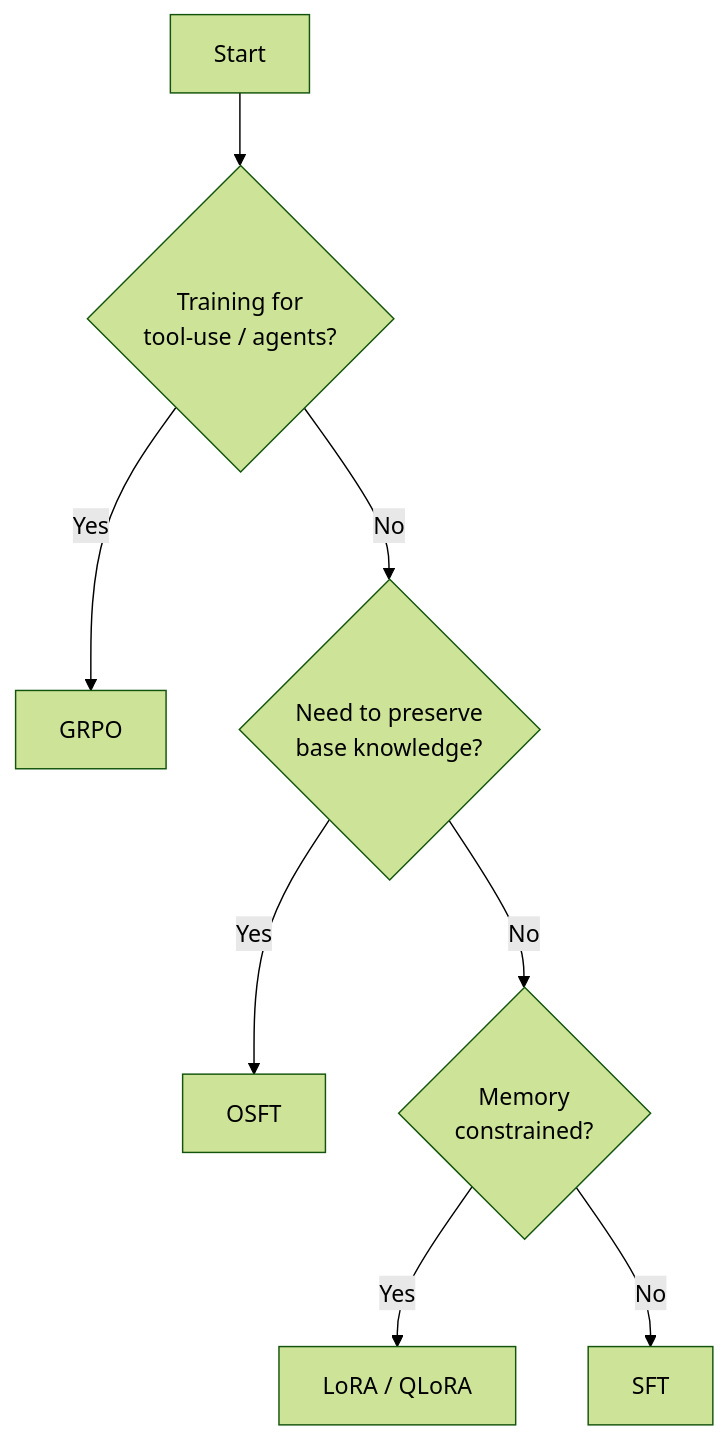
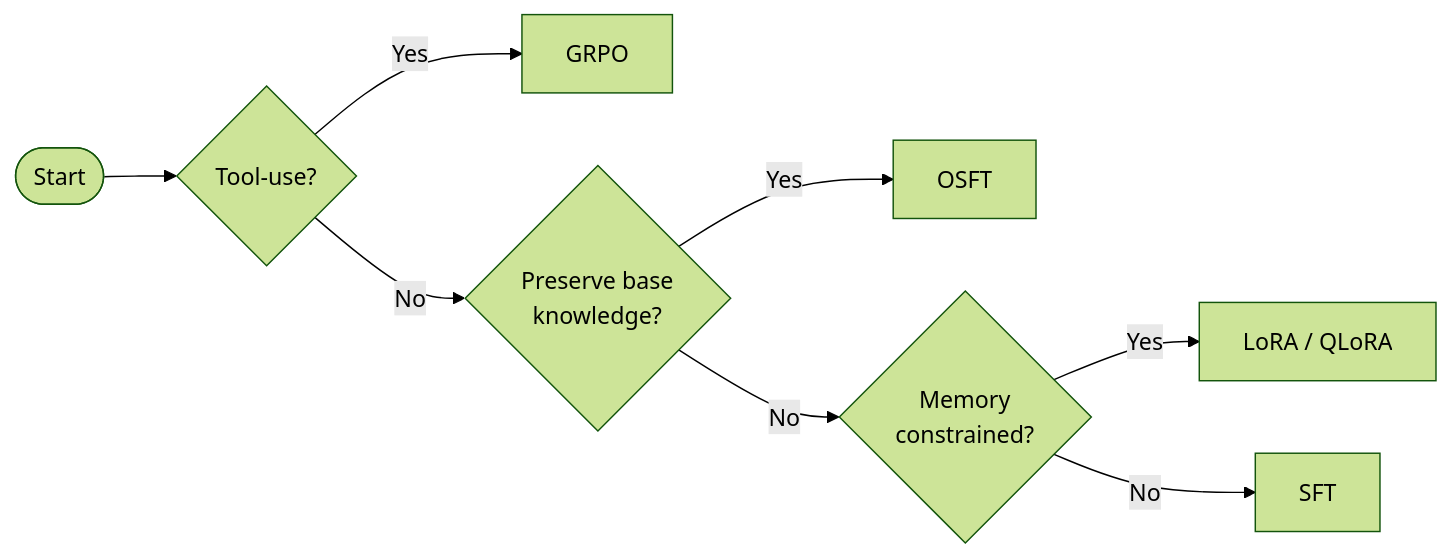
One commit to rrbanda/rhoai changed the diagram in docs/getting-started/choosing-an-algorithm.md. Above: the diagram before and after it, drawn with Mermaid (forest theme). The commit also changed 5 other files, not shown here.

First line of the commit message:
fix: switch all mermaid flowcharts to LR layout, constrain height

````diff
--- a/docs/getting-started/choosing-an-algorithm.md
+++ b/docs/getting-started/choosing-an-algorithm.md
@@ -7,10 +7,10 @@
 ```mermaid
-graph TD
-    A[Start] --> B{Training for<br/>tool-use / agents?}
+graph LR
+    A([Start]) --> B{Tool-use?}
     B -->|Yes| GRPO[GRPO]
-    B -->|No| C{Need to preserve<br/>base knowledge?}
+    B -->|No| C{Preserve base<br/>knowledge?}
     C -->|Yes| OSFT[OSFT]
     C -->|No| D{Memory<br/>constrained?}
     D -->|Yes| LORA[LoRA / QLoRA]
     D -->|No| SFT[SFT]
 ```
````
